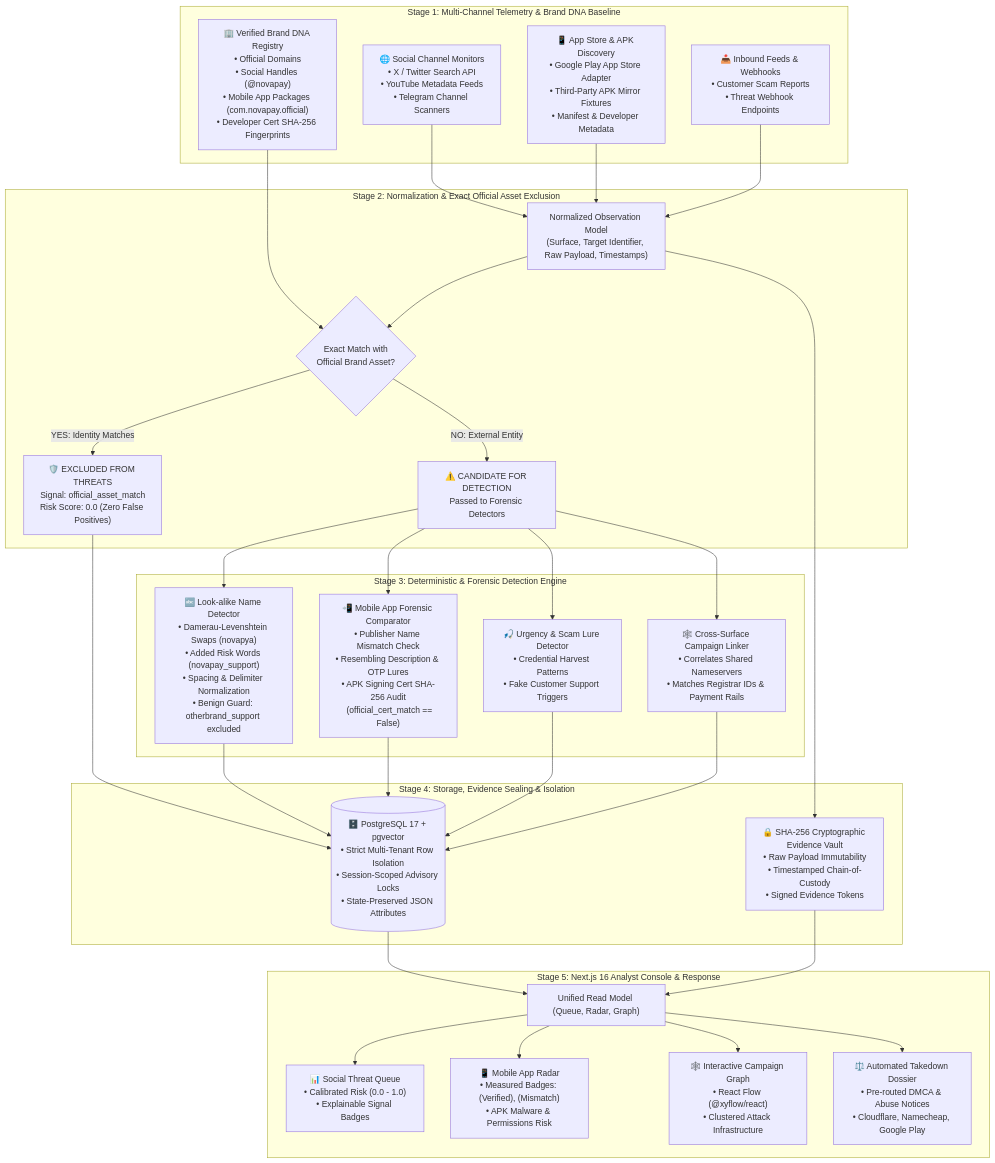
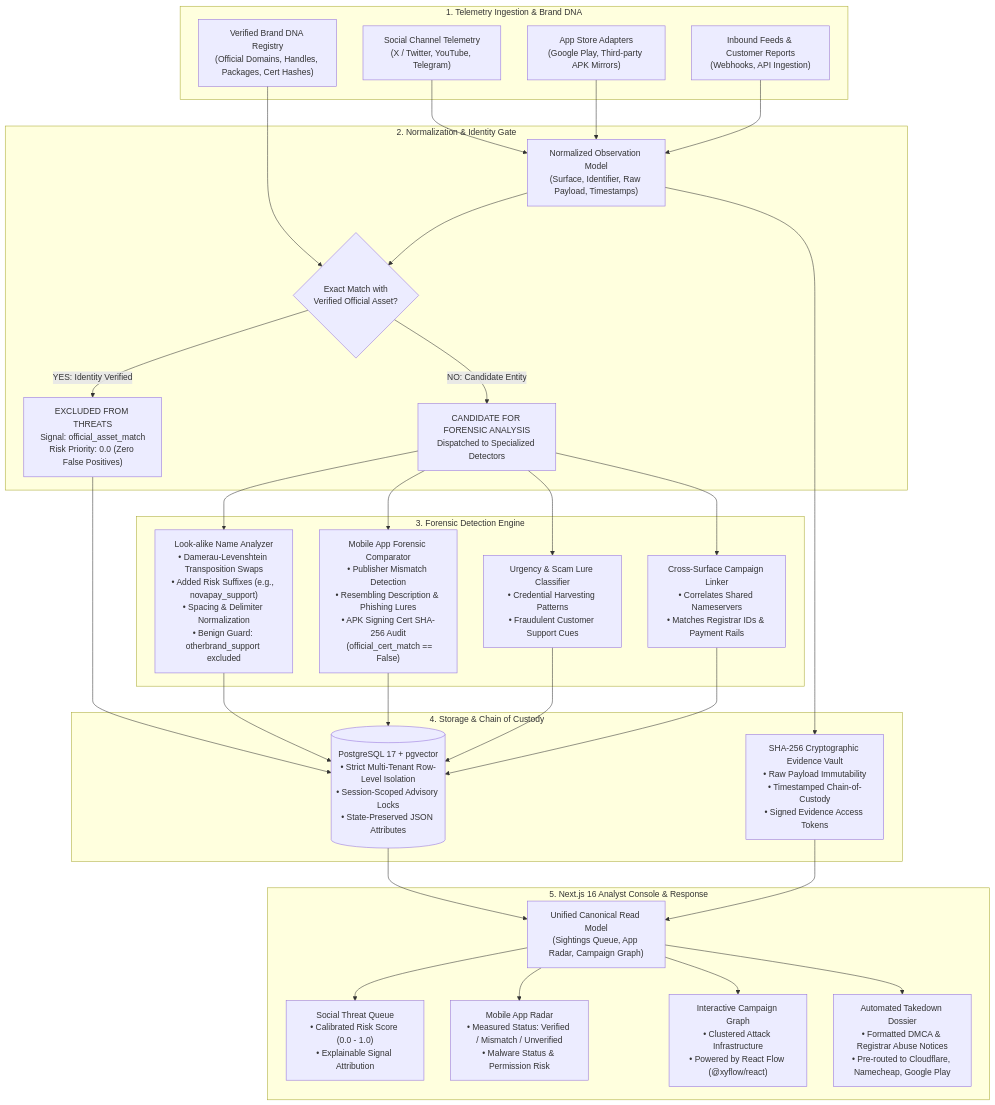
One commit to bhanuuu04/Astra changed the diagram in ARCHITECTURE_DIAGRAM.md. Above: the diagram before and after it, drawn with Mermaid. The commit also changed other lines of this file and 1 other file, not shown here.

Commit message:
docs: formalize architecture and presentation documents into enterprise English specification

````diff
--- a/ARCHITECTURE_DIAGRAM.md
+++ b/ARCHITECTURE_DIAGRAM.md
@@ -11,44 +9,44 @@
 ```mermaid
 flowchart TD
-  subgraph Stage1 ["Stage 1: Multi-Channel Telemetry & Brand DNA Baseline"]
-    A["🏢 Verified Brand DNA Registry\n• Official Domains\n• Social Handles (@novapay)\n• Mobile App Packages (com.novapay.official)\n• Developer Cert SHA-256 Fingerprints"]
-    B["🌐 Social Channel Monitors\n• X / Twitter Search API\n• YouTube Metadata Feeds\n• Telegram Channel Scanners"]
-    C["📱 App Store & APK Discovery\n• Google Play App Store Adapter\n• Third-Party APK Mirror Fixtures\n• Manifest & Developer Metadata"]
-    D["📥 Inbound Feeds & Webhooks\n• Customer Scam Reports\n• Threat Webhook Endpoints"]
+  subgraph Stage1 ["1. Telemetry Ingestion & Brand DNA"]
+    A["Verified Brand DNA Registry\n(Official Domains, Handles, Packages, Cert Hashes)"]
+    B["Social Channel Telemetry\n(X / Twitter, YouTube, Telegram)"]
+    C["App Store Adapters\n(Google Play, Third-party APK Mirrors)"]
+    D["Inbound Feeds & Customer Reports\n(Webhooks, API Ingestion)"]
   end
 
-  subgraph Stage2 ["Stage 2: Normalization & Exact Official Asset Exclusion"]
-    B --> E["Normalized Observation Model\n(Surface, Target Identifier, Raw Payload, Timestamps)"]
+  subgraph Stage2 ["2. Normalization & Identity Gate"]
+    B --> E["Normalized Observation Model\n(Surface, Identifier, Raw Payload, Timestamps)"]
     C --> E
     D --> E
-    A --> F{"Exact Match with\nOfficial Brand Asset?"}
+    A --> F{"Exact Match with\nVerified Official Asset?"}
     E --> F
-    F -->|YES: Identity Matches| G["🛡️ EXCLUDED FROM THREATS\nSignal: official_asset_match\nRisk Score: 0.0 (Zero False Positives)"]
-    F -->|NO: External Entity| H["⚠️ CANDIDATE FOR DETECTION\nPassed to Forensic Detectors"]
+    F -->|YES: Identity Verified| G["EXCLUDED FROM THREATS\nSignal: official_asset_match\nRisk Priority: 0.0 (Zero False Positives)"]
+    F -->|NO: Candidate Entity| H["CANDIDATE FOR FORENSIC ANALYSIS\nDispatched to Specialized Detectors"]
   end
 
-  subgraph Stage3 ["Stage 3: Deterministic & Forensic Detection Engine"]
-    H --> I["🔤 Look-alike Name Detector\n• Damerau-Levenshtein Swaps (novapya)\n• Added Risk Words (novapay_support)\n• Spacing & Delimiter Normalization\n• Benign Guard: otherbrand_support excluded"]
-    H --> J["📲 Mobile App Forensic Comparator\n• Publisher Name Mismatch Check\n• Resembling Description & OTP Lures\n• APK Signing Cert SHA-256 Audit\n  (official_cert_match == False)"]
-    H --> K["🎣 Urgency & Scam Lure Detector\n• Credential Harvest Patterns\n• Fake Customer Support Triggers"]
-    H --> L["🕸️ Cross-Surface Campaign Linker\n• Correlates Shared Nameservers\n• Matches Registrar IDs & Payment Rails"]
+  subgraph Stage3 ["3. Forensic Detection Engine"]
+    H --> I["Look-alike Name Analyzer\n• Damerau-Levenshtein Transposition Swaps\n• Added Risk Suffixes (e.g., novapay_support)\n• Spacing & Delimiter Normalization\n• Benign Guard: otherbrand_support excluded"]
+    H --> J["Mobile App Forensic Comparator\n• Publisher Mismatch Detection\n• Resembling Description & Phishing Lures\n• APK Signing Cert SHA-256 Audit\n  (official_cert_match == False)"]
+    H --> K["Urgency & Scam Lure Classifier\n• Credential Harvesting Patterns\n• Fraudulent Customer Support Cues"]
+    H --> L["Cross-Surface Campaign Linker\n• Correlates Shared Nameservers\n• Matches Registrar IDs & Payment Rails"]
   end
 
-  subgraph Stage4 ["Stage 4: Storage, Evidence Sealing & Isolation"]
-    G --> M[("🗄️ PostgreSQL 17 + pgvector\n• Strict Multi-Tenant Row Isolation\n• Session-Scoped Advisory Locks\n• State-Preserved JSON Attributes")]
+  subgraph Stage4 ["4. Storage & Chain of Custody"]
+    G --> M[("PostgreSQL 17 + pgvector\n• Strict Multi-Tenant Row-Level Isolation\n• Session-Scoped Advisory Locks\n• State-Preserved JSON Attributes")]
     I --> M
     J --> M
     K --> M
     L --> M
-    E --> N["🔒 SHA-256 Cryptographic Evidence Vault\n• Raw Payload Immutability\n• Timestamped Chain-of-Custody\n• Signed Evidence Tokens"]
+    E --> N["SHA-256 Cryptographic Evidence Vault\n• Raw Payload Immutability\n• Timestamped Chain-of-Custody\n• Signed Evidence Access Tokens"]
   end
 
-  subgraph Stage5 ["Stage 5: Next.js 16 Analyst Console & Response"]
-    M --> O["Unified Read Model (Queue, Radar, Graph)"]
+  subgraph Stage5 ["5. Next.js 16 Analyst Console & Response"]
+    M --> O["Unified Canonical Read Model\n(Sightings Queue, App Radar, Campaign Graph)"]
     N --> O
-    O --> P["📊 Social Threat Queue\n• Calibrated Risk (0.0 - 1.0)\n• Explainable Signal Badges"]
-    O --> Q["📱 Mobile App Radar\n• Measured Badges: (Verified), (Mismatch)\n• APK Malware & Permissions Risk"]
-    O --> R["🕸️ Interactive Campaign Graph\n• React Flow (@xyflow/react)\n• Clustered Attack Infrastructure"]
-    O --> S["⚖️ Automated Takedown Dossier\n• Pre-routed DMCA & Abuse Notices\n• Cloudflare, Namecheap, Google Play"]
+    O --> P["Social Threat Queue\n• Calibrated Risk Score (0.0 - 1.0)\n• Explainable Signal Attribution"]
+    O --> Q["Mobile App Radar\n• Measured Status: Verified / Mismatch / Unverified\n• Malware Status & Permission Risk"]
+    O --> R["Interactive Campaign Graph\n• Clustered Attack Infrastructure\n• Powered by React Flow (@xyflow/react)"]
+    O --> S["Automated Takedown Dossier\n• Formatted DMCA & Registrar Abuse Notices\n• Pre-routed to Cloudflare, Namecheap, Google Play"]
   end
 ```
````
